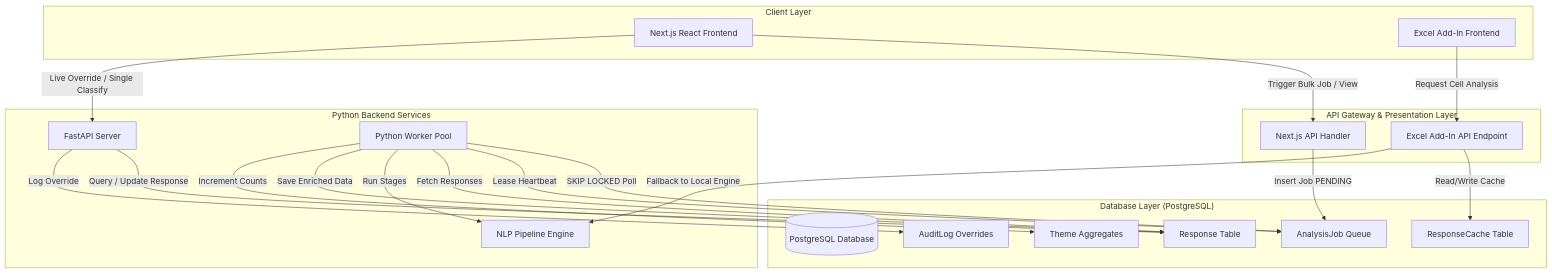
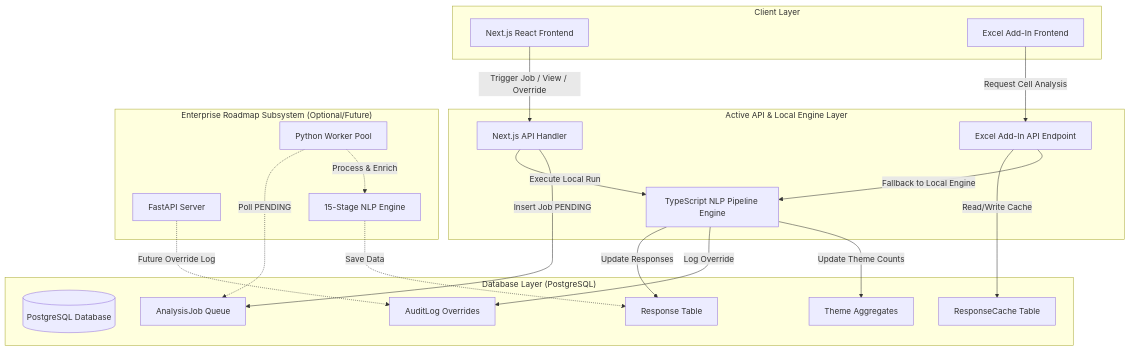
Before and after one commit to CodeSasuke/aws-hackathon: the diagram in README.md, drawn with Mermaid. The commit also changed other lines of this file and 7 other files, not shown here.

Commit message:
feat: implement inline editing and persistence for response analysis overrides via a new PATCH API endpoint

````diff
--- a/README.md
+++ b/README.md
@@ -117,43 +122,47 @@
 ```mermaid
 graph TD
     subgraph ClientLayer ["Client Layer"]
         WebUI[Next.js React Frontend]
         ExcelUI[Excel Add-In Frontend]
     end
 
-    subgraph APILayer ["API Gateway & Presentation Layer"]
+    subgraph APILayer ["Active API & Local Engine Layer"]
         NextAPI[Next.js API Handler]
         ExcelAPI[Excel Add-In API Endpoint]
+        JSPipeline[TypeScript NLP Pipeline Engine]
     end
 
     subgraph DBLayer ["Database Layer (PostgreSQL)"]
         Postgres[(PostgreSQL Database)]
         ResponseTable[Response Table]
         JobTable[AnalysisJob Queue]
         ThemeTable[Theme Aggregates]
         CacheTable[ResponseCache Table]
         AuditTable[AuditLog Overrides]
     end
 
-    subgraph BackendLayer ["Python Backend Services"]
+    subgraph EnterpriseRoadmap ["Enterprise Roadmap Subsystem (Optional/Future)"]
         FastAPI[FastAPI Server]
         WorkerPool[Python Worker Pool]
-        PipelineEngine[NLP Pipeline Engine]
+        PipelineEngine[15-Stage NLP Engine]
     end
 
-    WebUI -->|Trigger Bulk Job / View| NextAPI
-    WebUI -->|Live Override / Single Classify| FastAPI
+    %% Active Next.js flow
+    WebUI -->|Trigger Job / View / Override| NextAPI
     ExcelUI -->|Request Cell Analysis| ExcelAPI
+    
+    NextAPI -->|Execute Local Run| JSPipeline
     NextAPI -->|Insert Job PENDING| JobTable
     ExcelAPI -->|Read/Write Cache| CacheTable
-    ExcelAPI -->|Fallback to Local Engine| PipelineEngine
-    FastAPI -->|Query / Update Response| ResponseTable
-    FastAPI -->|Log Override| AuditTable
+    ExcelAPI -->|Fallback to Local Engine| JSPipeline
     
-    WorkerPool -->|SKIP LOCKED Poll| JobTable
-    WorkerPool -->|Lease Heartbeat| JobTable
-    WorkerPool -->|Fetch Responses| ResponseTable
-    WorkerPool -->|Run Stages| PipelineEngine
-    WorkerPool -->|Save Enriched Data| ResponseTable
-    WorkerPool -->|Increment Counts| ThemeTable
+    JSPipeline -->|Update Responses| ResponseTable
+    JSPipeline -->|Log Override| AuditTable
+    JSPipeline -->|Update Theme Counts| ThemeTable
+
+    %% Future Enterprise flow
+    WorkerPool -.->|Poll PENDING| JobTable
+    WorkerPool -.->|Process & Enrich| PipelineEngine
+    PipelineEngine -.->|Save Data| ResponseTable
+    FastAPI -.->|Future Override Log| AuditTable
 ```
````
